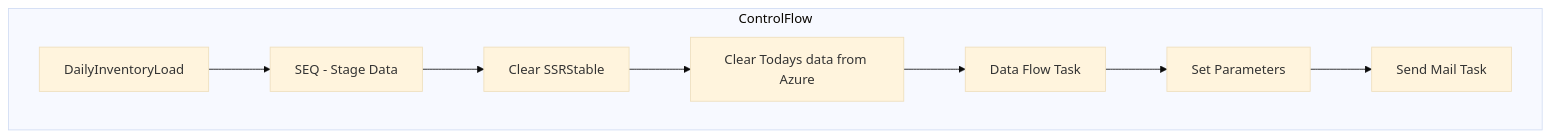
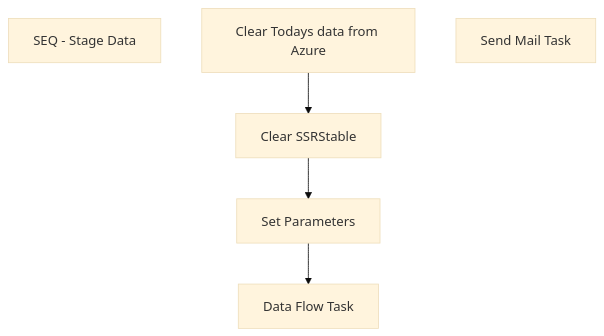
Before and after one commit to juanandresbrain/BABSkills: the diagram in bab-docs-explorer/Documentation/STL-SSIS-P-01/SSIS/SSIS/DailyInventoryReport.DailyInventoryLoad.md, drawn with Mermaid (base theme). The commit also changed other lines of this file and 273 other files, not shown here.

````diff
--- a/bab-docs-explorer/Documentation/STL-SSIS-P-01/SSIS/SSIS/DailyInventoryReport.DailyInventoryLoad.md
+++ b/bab-docs-explorer/Documentation/STL-SSIS-P-01/SSIS/SSIS/DailyInventoryReport.DailyInventoryLoad.md
@@ -9,18 +36,12 @@
 ```mermaid
 flowchart TD
-    subgraph ControlFlow
-        DailyInventoryLoad_task["DailyInventoryLoad"]
-        SEQ___Stage_Data_task["SEQ - Stage Data"]
-        DailyInventoryLoad_task --> SEQ___Stage_Data_task
-        Clear_SSRStable_task["Clear SSRStable"]
-        SEQ___Stage_Data_task --> Clear_SSRStable_task
-        Clear_Todays_data_from_Azure_task["Clear Todays data from Azure"]
-        Clear_SSRStable_task --> Clear_Todays_data_from_Azure_task
-        Data_Flow_Task_task["Data Flow Task"]
-        Clear_Todays_data_from_Azure_task --> Data_Flow_Task_task
-        Set_Parameters_task["Set Parameters"]
-        Data_Flow_Task_task --> Set_Parameters_task
-        Send_Mail_Task_task["Send Mail Task"]
-        Set_Parameters_task --> Send_Mail_Task_task
-    end
+    n_Package_SEQ___Stage_Data["SEQ - Stage Data"]
+    n_Package_SEQ___Stage_Data_Clear_SSRStable["Clear SSRStable"]
+    n_Package_SEQ___Stage_Data_Clear_Todays_data_from_Azure["Clear Todays data from Azure"]
+    n_Package_SEQ___Stage_Data_Data_Flow_Task["Data Flow Task"]
+    n_Package_SEQ___Stage_Data_Set_Parameters["Set Parameters"]
+    n_Package_EventHandlers_OnError__Send_Mail_Task["Send Mail Task"]
+    n_Package_SEQ___Stage_Data_Clear_SSRStable --> n_Package_SEQ___Stage_Data_Set_Parameters
+    n_Package_SEQ___Stage_Data_Set_Parameters --> n_Package_SEQ___Stage_Data_Data_Flow_Task
+    n_Package_SEQ___Stage_Data_Clear_Todays_data_from_Azure --> n_Package_SEQ___Stage_Data_Clear_SSRStable
 ```
````
